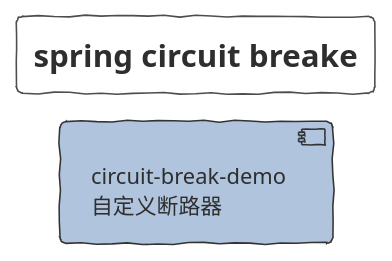
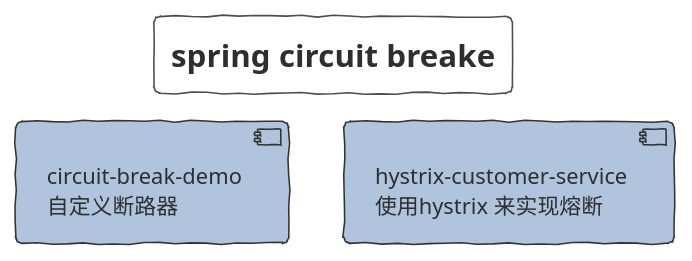
One commit to FantasybabyChange/springStudyProject changed the diagram in spring-circuit-breake/Module.puml. Above: the diagram before and after it, drawn with PlantUML. The commit also changed 18 other files, not shown here.

```diff
--- a/spring-circuit-breake/Module.puml
+++ b/spring-circuit-breake/Module.puml
@@ -1,17 +1,22 @@
 @startuml SPRING_CIRCUIT_BREAKE
 !theme sketchy-outline
 title spring circuit breake
 skinparam interface {
 }
 skinparam component {
    backgroundColor LightSteelBlue
    FontSize 14
    ArrowFontSize 14
    ArrowFontColor #777777
    ArrowColor #FF6655
 }
  component cbd[
    circuit-break-demo
    自定义断路器 
    ]
+
+component hcs[
+hystrix-customer-service
+使用hystrix 来实现熔断
+]
 @enduml
```
